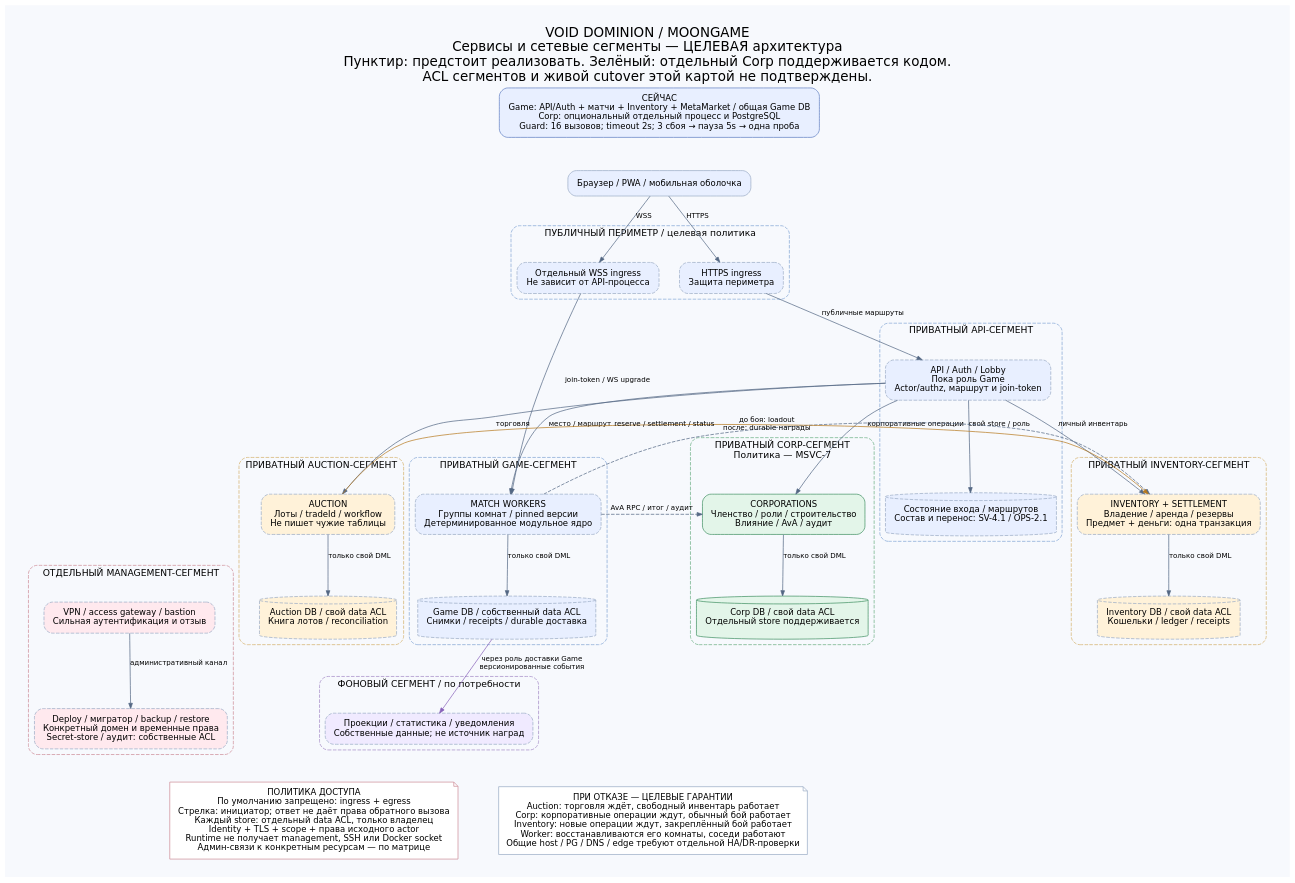
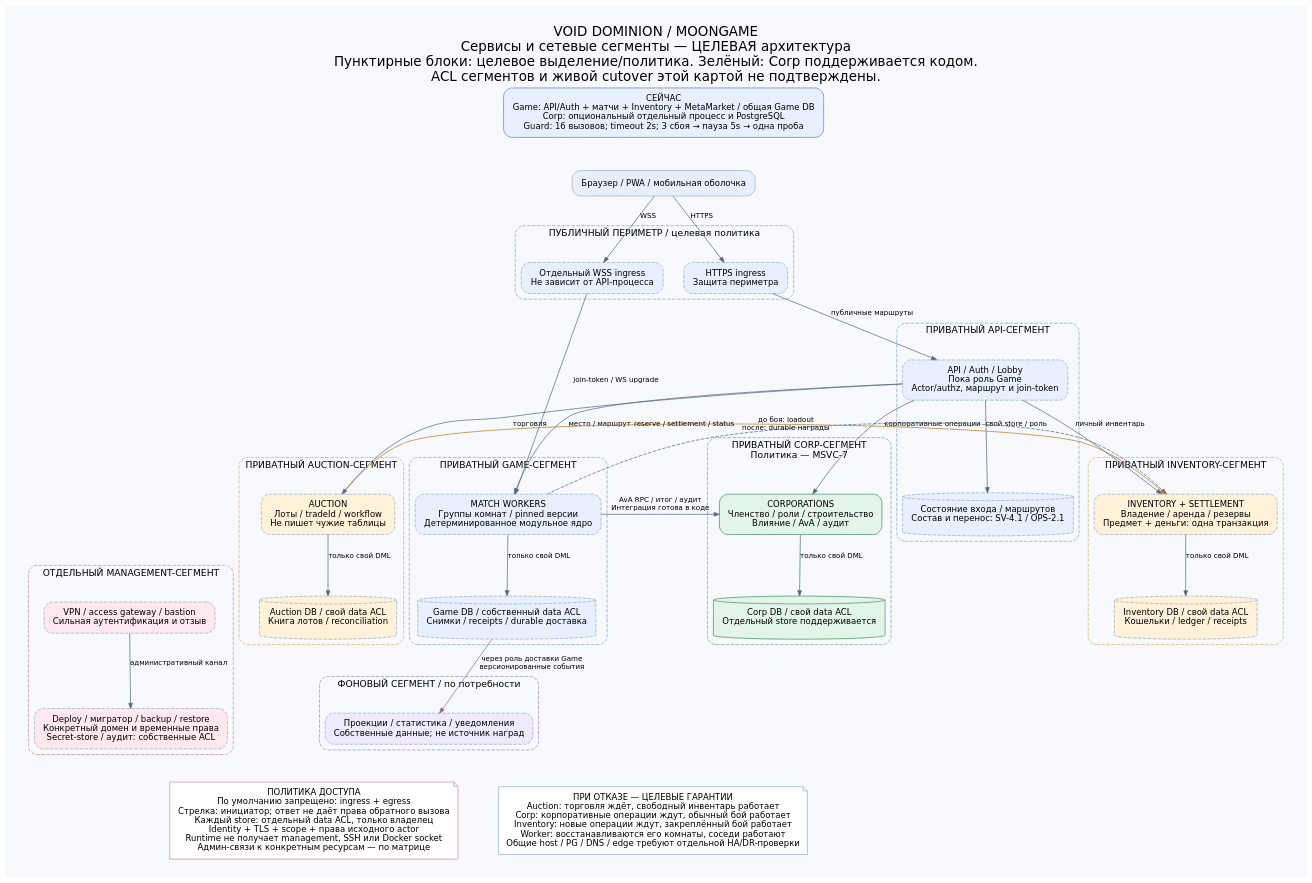
The diagram in docs/diagrams/service-boundaries.dot (MoonGameTechnology/MoonGame), drawn with Graphviz before and after one commit. The commit also changed 4 other files, not shown here.

```diff
--- a/docs/diagrams/service-boundaries.dot
+++ b/docs/diagrams/service-boundaries.dot
@@ -1,72 +1,72 @@
 digraph services {
-  graph [rankdir=TB, bgcolor="#f7f9fd", fontname="DejaVu Sans", fontsize=19, pad=0.35, nodesep=0.4, ranksep=0.62, compound=true, labelloc=t, label="VOID DOMINION / MOONGAME\nСервисы и сетевые сегменты — ЦЕЛЕВАЯ архитектура\nПунктир: предстоит реализовать. Зелёный: отдельный Corp поддерживается кодом.\nACL сегментов и живой cutover этой картой не подтверждены."];
+  graph [rankdir=TB, bgcolor="#f7f9fd", fontname="DejaVu Sans", fontsize=19, pad=0.35, nodesep=0.4, ranksep=0.62, compound=true, labelloc=t, label="VOID DOMINION / MOONGAME\nСервисы и сетевые сегменты — ЦЕЛЕВАЯ архитектура\nПунктирные блоки: целевое выделение/политика. Зелёный: Corp поддерживается кодом.\nACL сегментов и живой cutover этой картой не подтверждены."];
   node [shape=box, style="rounded,filled", fontname="DejaVu Sans", fontsize=12, color="#9babc5", fillcolor="white", margin="0.18,0.13"];
   edge [fontname="DejaVu Sans", fontsize=10, color="#536783", arrowsize=0.75];
   current [label="СЕЙЧАС\nGame: API/Auth + матчи + Inventory + MetaMarket / общая Game DB\nCorp: опциональный отдельный процесс и PostgreSQL\nGuard: 16 вызовов; timeout 2s; 3 сбоя → пауза 5s → одна проба", fillcolor="#e8efff", color="#617fc2"];
   browser [label="Браузер / PWA / мобильная оболочка", fillcolor="#e8efff"];
   current -> browser [style=invis];
   subgraph cluster_edge {
     label="ПУБЛИЧНЫЙ ПЕРИМЕТР / целевая политика"; color="#83a5d4"; style="rounded,dashed"; fontsize=13;
     http [label="HTTPS ingress\nЗащита периметра", style="rounded,filled,dashed", fillcolor="#e8efff"];
     wss [label="Отдельный WSS ingress\nНе зависит от API-процесса", style="rounded,filled,dashed", fillcolor="#e8efff"];
     {rank=same; http; wss;}
   }
   subgraph cluster_api {
     label="ПРИВАТНЫЙ API-СЕГМЕНТ"; color="#83a5d4"; style="rounded,dashed"; fontsize=13;
     api [label="API / Auth / Lobby\nПока роль Game\nActor/authz, маршрут и join-token", style="rounded,filled,dashed", fillcolor="#e8efff"];
     apiStore [shape=cylinder, label="Состояние входа / маршрутов\nСостав и перенос: SV-4.1 / OPS-2.1", style="filled,dashed", fillcolor="#e8efff"];
     api -> apiStore [label="свой store / роль"];
   }
   subgraph cluster_game {
     label="ПРИВАТНЫЙ GAME-СЕГМЕНТ"; color="#83a5d4"; style="rounded,dashed"; fontsize=13;
     game [label="MATCH WORKERS\nГруппы комнат / pinned версии\nДетерминированное модульное ядро", style="rounded,filled,dashed", fillcolor="#e8efff"];
     gameDB [shape=cylinder, label="Game DB / собственный data ACL\nСнимки / receipts / durable доставка", style="filled,dashed", fillcolor="#e8efff"];
     game -> gameDB [label="только свой DML"];
   }
   subgraph cluster_inv {
     label="ПРИВАТНЫЙ INVENTORY-СЕГМЕНТ"; color="#d4b16c"; style="rounded,dashed"; fontsize=13;
     inventory [label="INVENTORY + SETTLEMENT\nВладение / аренда / резервы\nПредмет + деньги: одна транзакция", style="rounded,filled,dashed", fillcolor="#fff2d9"];
     invDB [shape=cylinder, label="Inventory DB / свой data ACL\nКошельки / ledger / receipts", style="filled,dashed", fillcolor="#fff2d9"];
     inventory -> invDB [label="только свой DML"];
   }
   subgraph cluster_auction {
     label="ПРИВАТНЫЙ AUCTION-СЕГМЕНТ"; color="#d4b16c"; style="rounded,dashed"; fontsize=13;
     auction [label="AUCTION\nЛоты / tradeId / workflow\nНе пишет чужие таблицы", style="rounded,filled,dashed", fillcolor="#fff2d9"];
     auctionDB [shape=cylinder, label="Auction DB / свой data ACL\nКнига лотов / reconciliation", style="filled,dashed", fillcolor="#fff2d9"];
     auction -> auctionDB [label="только свой DML"];
   }
   subgraph cluster_corp {
     label="ПРИВАТНЫЙ CORP-СЕГМЕНТ\nПолитика — MSVC-7"; color="#6baf84"; style="rounded,dashed"; fontsize=13;
     corp [label="CORPORATIONS\nЧленство / роли / строительство\nВлияние / AvA / аудит", fillcolor="#e3f5e9", color="#409163"];
     corpDB [shape=cylinder, label="Corp DB / свой data ACL\nОтдельный store поддерживается", fillcolor="#e3f5e9", color="#409163"];
     corp -> corpDB [label="только свой DML"];
   }
   subgraph cluster_bg {
     label="ФОНОВЫЙ СЕГМЕНТ / по потребности"; color="#a48ac7"; style="rounded,dashed"; fontsize=13;
     bg [label="Проекции / статистика / уведомления\nСобственные данные; не источник наград", style="rounded,filled,dashed", fillcolor="#f0eaff"];
   }
   subgraph cluster_mgmt {
     label="ОТДЕЛЬНЫЙ MANAGEMENT-СЕГМЕНТ"; color="#ce8c98"; style="rounded,dashed"; fontsize=13;
     access [label="VPN / access gateway / bastion\nСильная аутентификация и отзыв", style="rounded,filled,dashed", fillcolor="#ffe9ee"];
     jobs [label="Deploy / мигратор / backup / restore\nКонкретный домен и временные права\nSecret-store / аудит: собственные ACL", style="rounded,filled,dashed", fillcolor="#ffe9ee"];
     access -> jobs [label="административный канал"];
   }
   browser -> http [label="HTTPS"];
   browser -> wss [label="WSS"];
   http -> api [label="публичные маршруты"];
   wss -> game [label="join-token / WS upgrade"];
   api -> game [label="место / маршрут"];
   api -> inventory [label="личный инвентарь"];
   api -> auction [label="торговля"];
   api -> corp [label="корпоративные операции"];
   auction -> inventory [label="reserve / settlement / status", color="#b7791f", constraint=false];
   game -> inventory [label="до боя: loadout\nпосле: durable награды", style=dashed, constraint=false];
-  game -> corp [label="AvA RPC / итог / аудит", style=dashed, constraint=false];
+  game -> corp [label="AvA RPC / итог / аудит\nИнтеграция готова в коде", constraint=false];
   gameDB -> bg [label="через роль доставки Game\nверсионированные события", color="#8862ba"];
   policy [shape=note, label="ПОЛИТИКА ДОСТУПА\nПо умолчанию запрещено: ingress + egress\nСтрелка: инициатор; ответ не даёт права обратного вызова\nКаждый store: отдельный data ACL, только владелец\nIdentity + TLS + scope + права исходного actor\nRuntime не получает management, SSH или Docker socket\nАдмин-связи к конкретным ресурсам — по матрице", fillcolor="white", color="#ce8c98"];
   bg -> policy [style=invis];
   jobs -> policy [style=invis];
   note [shape=note, label="ПРИ ОТКАЗЕ — ЦЕЛЕВЫЕ ГАРАНТИИ\nAuction: торговля ждёт, свободный инвентарь работает\nCorp: корпоративные операции ждут, обычный бой работает\nInventory: новые операции ждут, закреплённый бой работает\nWorker: восстанавливаются его комнаты, соседи работают\nОбщие host / PG / DNS / edge требуют отдельной HA/DR-проверки", fillcolor="white"];
   {rank=same; policy; note;}
   policy -> note [style=invis];
 }
```
